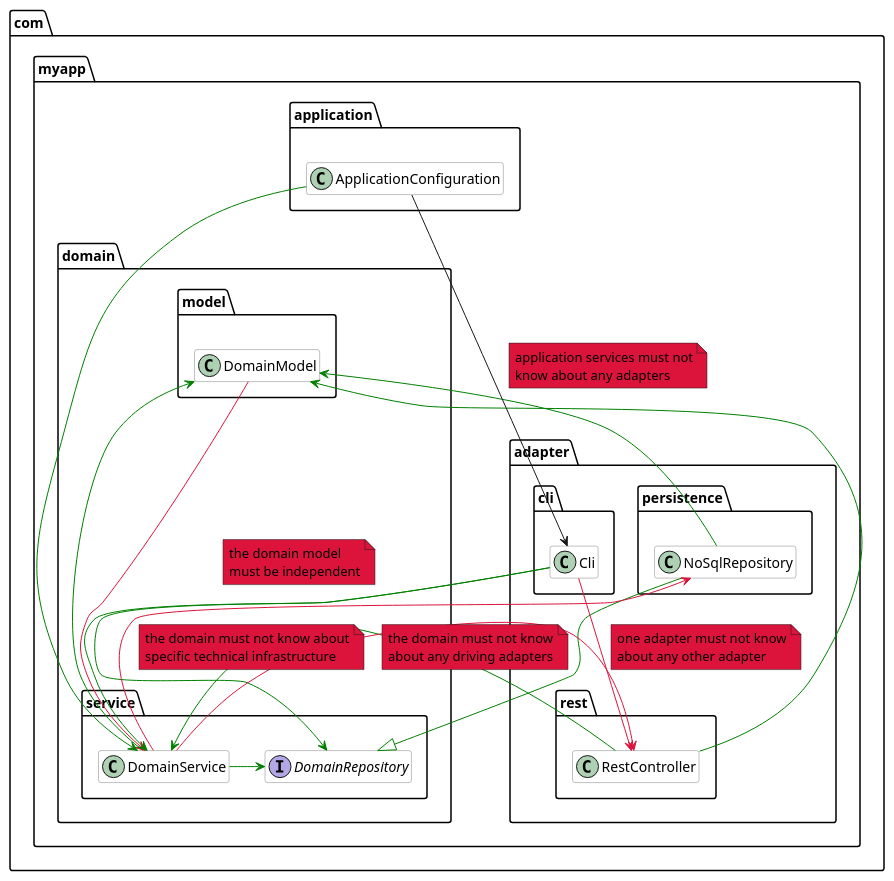
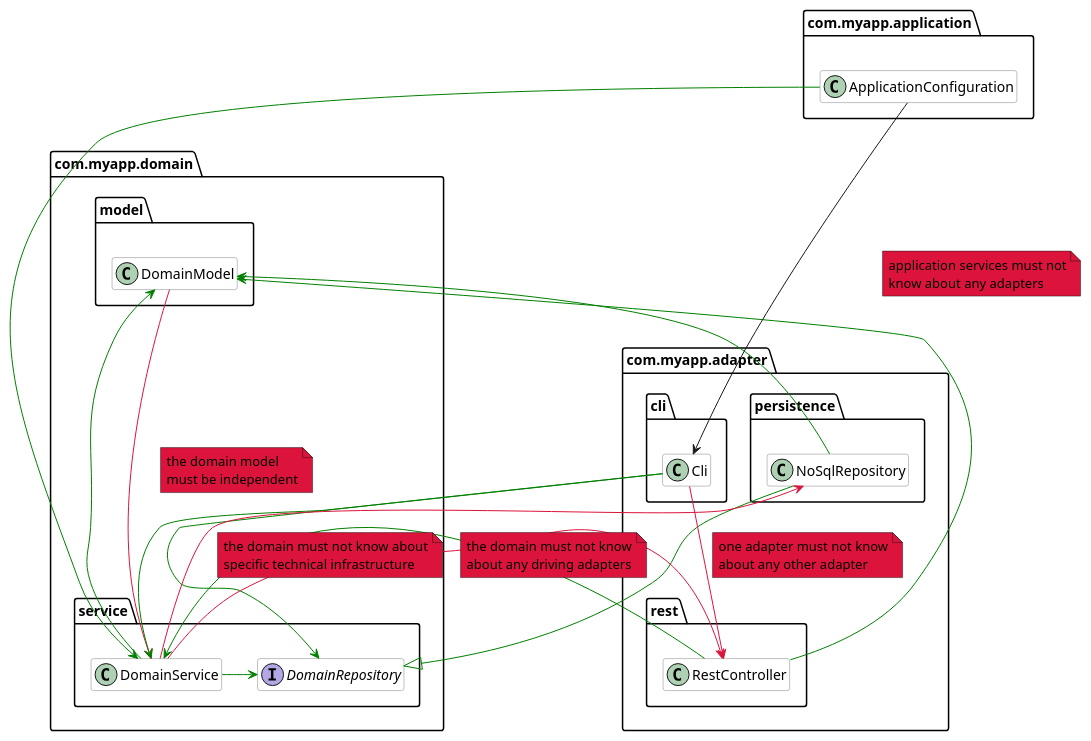
One commit to TNG/ArchUnit changed the first of 5 diagrams in docs/userguide/008_The_Library_API.adoc. Above: the diagram before and after it, drawn with PlantUML. The commit also changed 2 other files, not shown here.

Commit message:
upgrade asciidoctor dependencies
https://github.com/asciidoctor/asciidoctor-diagram/releases/tag/v2.2.6
updates PlantUML from 1.2022.14 to 1.2023.4.

Since plantuml-1.2023.2,
```
package com.myapp.application
```
produces 3 boxes instead of one by default.

cf. https://plantuml.com/news:
* 2 Feb, 2023: Important change about package and namespace
>
> Starting with version 1.2023.2 (which is online as a beta),
> PlantUML handles differently namespaces and packages.
>
> There won't be any difference between namespaces and packages anymore:
> both keywords are now synonymous.
>
> The drawing is slightly different, because we now also draw intermediate packages.
> Note that this is not a final choice, it depends on the feedback from users.
>
> Packages now involve the definition of a namespace, as in any ordinary programming language.
> The default separator is the dot (.) but can be changed using the `set separator X` directive.
> You can also disable namespace management using `set separator none`,
> in which case you get back a behavior similar to older versions of PlantUML.

```diff
--- a/docs/userguide/008_The_Library_API.adoc
+++ b/docs/userguide/008_The_Library_API.adoc
@@ -58,61 +58,62 @@
 [plantuml, "onion-architecture-check", svg, opts=interactive]
 ----
 @startuml
 hide empty members
+set separator none
 skinparam componentStyle uml2
 
 skinparam class {
   BorderColor #grey
   BackgroundColor #white
 }
 
 package com.myapp.domain {
     package model {
         class DomainModel
     }
     package service {
         class DomainService
         interface DomainRepository
     }
 }
 package com.myapp.application {
     class ApplicationConfiguration
 }
 package com.myapp.adapter {
     package cli {
         class Cli
     }
     package persistence {
         class NoSqlRepository
     }
     package rest {
         class RestController
     }
 }
 
 DomainService --> DomainModel #green
 DomainService -right-> DomainRepository #green
 
 ApplicationConfiguration ---> DomainService #green
 Cli --> DomainService #green
 Cli --> DomainRepository #green
 NoSqlRepository --|> DomainRepository #green
 NoSqlRepository --> DomainModel #green
 RestController -> DomainService #green
 RestController --> DomainModel #green
 
 DomainModel ---> DomainService #crimson
 note right on link #crimson: the domain model\nmust be independent
 
 DomainService --> RestController #crimson
 note right on link #crimson: the domain must not know\nabout any driving adapters
 DomainService --> NoSqlRepository #crimson
 note right on link #crimson: the domain must not know about\nspecific technical infrastructure
 
 ApplicationConfiguration ---> Cli
 note right on link #crimson: application services must not\nknow about any adapters
 
 Cli --> RestController #crimson
 note right on link #crimson: one adapter must not know\nabout any other adapter
 @enduml
 ----
```
